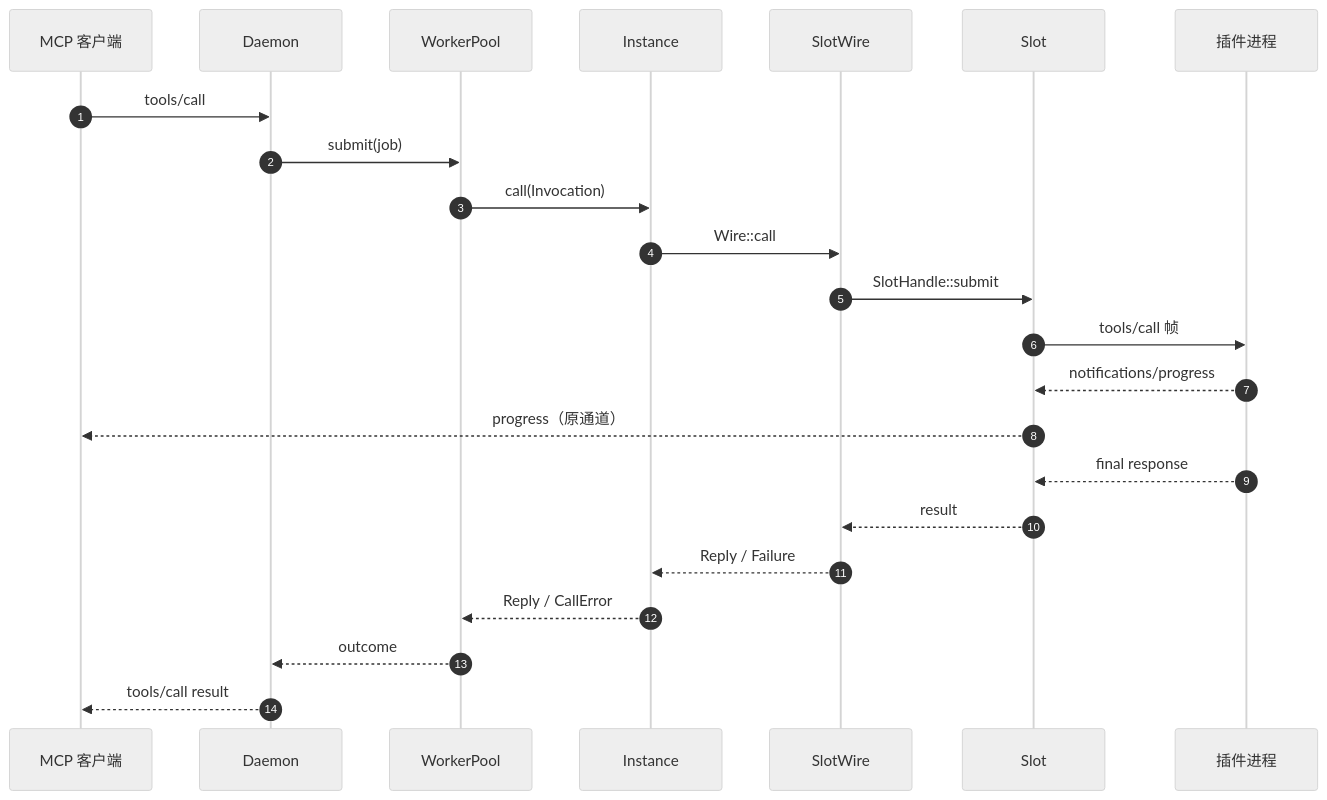
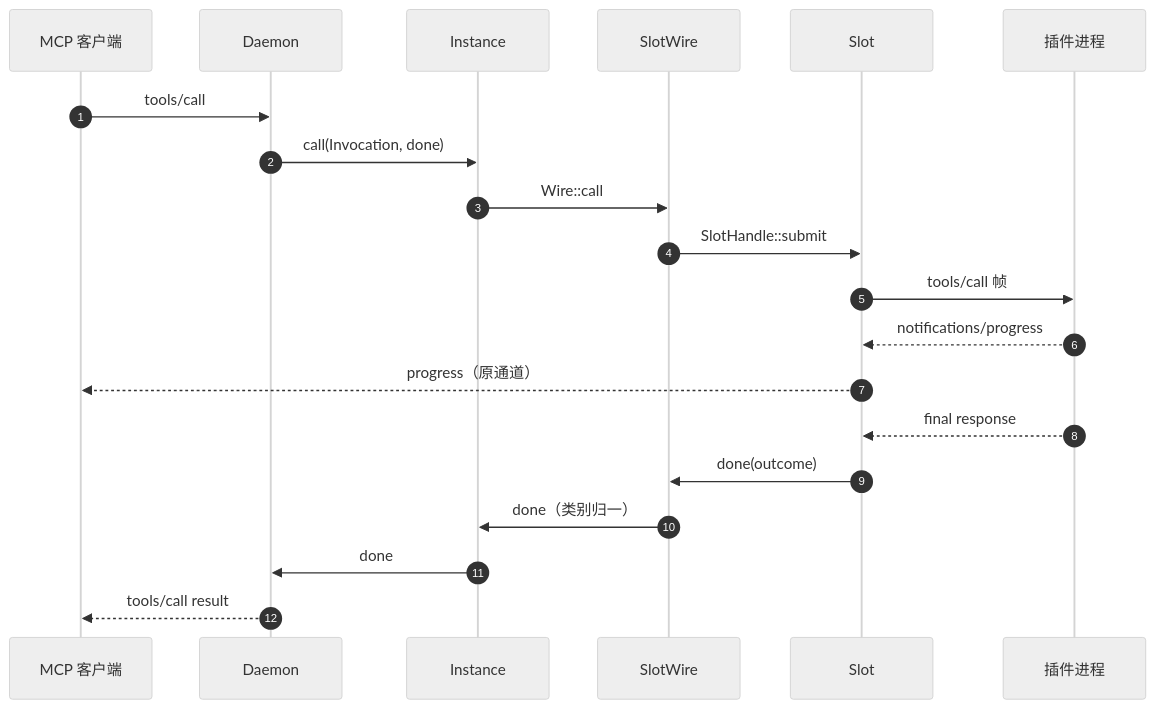
Before and after one commit to webxxxxx/plugin-manager: the third of 5 diagrams in docs/architecture.md, drawn with Mermaid (neutral theme). The commit also changed other lines of this file and 10 other files, not shown here.

Commit message:
refactor(kernel): 调用入口改为完成回调，删除 call worker（18→10）

````diff
--- a/docs/architecture.md
+++ b/docs/architecture.md
@@ -148,26 +148,23 @@
 ```mermaid
 sequenceDiagram
     autonumber
     participant C as MCP 客户端
     participant D as Daemon
-    participant W as WorkerPool
     participant I as Instance
     participant SW as SlotWire
     participant S as Slot
     participant P as 插件进程
 
     C->>D: tools/call
-    D->>W: submit(job)
-    W->>I: call(Invocation)
+    D->>I: call(Invocation, done)
     I->>SW: Wire::call
     SW->>S: SlotHandle::submit
     S->>P: tools/call 帧
     P-->>S: notifications/progress
     S-->>C: progress（原通道）
     P-->>S: final response
-    S-->>SW: result
-    SW-->>I: Reply / Failure
-    I-->>W: Reply / CallError
-    W-->>D: outcome
+    S->>SW: done(outcome)
+    SW->>I: done（类别归一）
+    I->>D: done
     D-->>C: tools/call result
 ```
````
